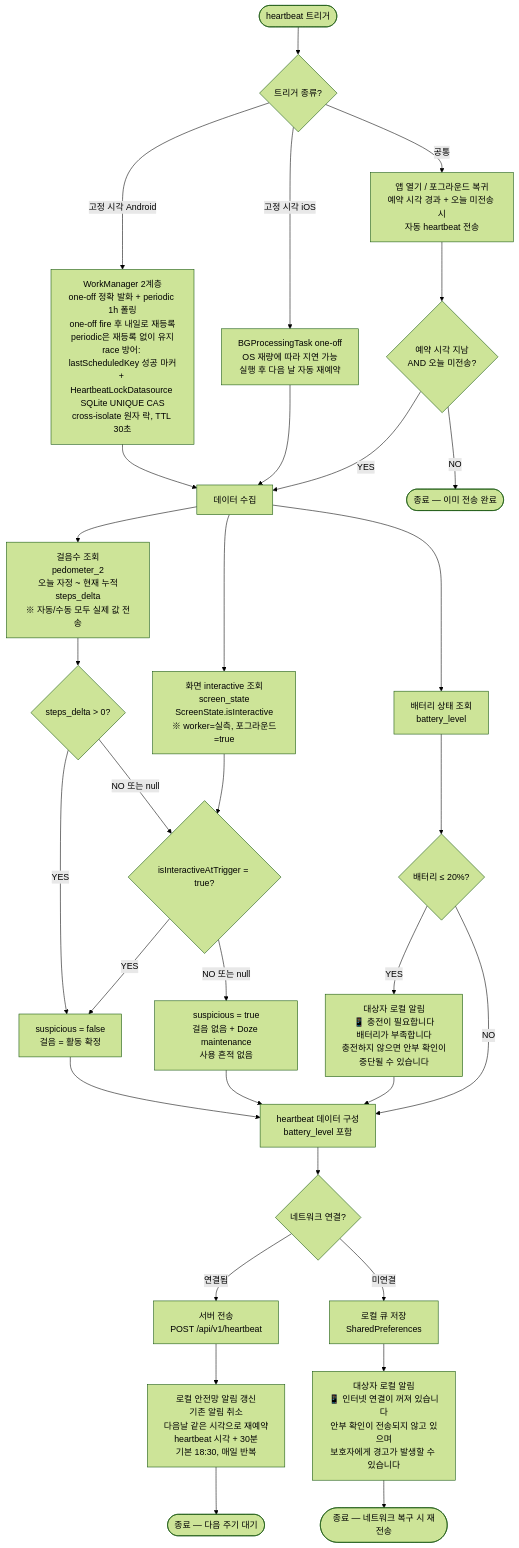
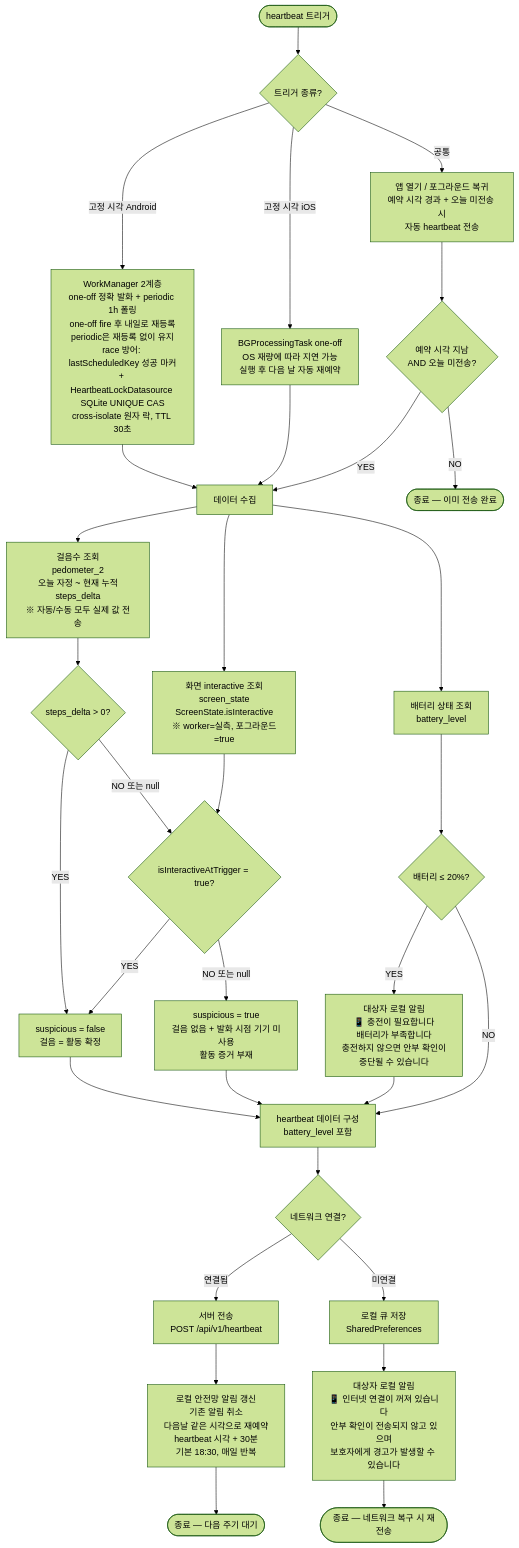
Before and after one commit to l10s18bok/kr.co.anbucheck: the first of 8 diagrams in .claude/rules/heartbeat_flowchart.md, drawn with Mermaid (forest theme). The commit also changed other lines of this file and 23 other files, not shown here.

````diff
--- a/.claude/rules/heartbeat_flowchart.md
+++ b/.claude/rules/heartbeat_flowchart.md
@@ -26,52 +26,52 @@
 ```mermaid
 flowchart TD
     Start([heartbeat 트리거])
     Start --> Trigger
 
     Trigger{트리거 종류?}
     Trigger -->|고정 시각 Android| WM[WorkManager 2계층<br/>one-off 정확 발화 + periodic 1h 폴링<br/>one-off fire 후 내일로 재등록<br/>periodic은 재등록 없이 유지<br/>race 방어: lastScheduledKey 성공 마커<br/>+ HeartbeatLockDatasource SQLite UNIQUE CAS<br/>cross-isolate 원자 락, TTL 30초]
     Trigger -->|고정 시각 iOS| BG[BGProcessingTask one-off<br/>OS 재량에 따라 지연 가능<br/>실행 후 다음 날 자동 재예약]
     Trigger -->|공통| FG[앱 열기 / 포그라운드 복귀<br/>예약 시각 경과 + 오늘 미전송 시<br/>자동 heartbeat 전송]
 
     WM --> Collect
     BG --> Collect
     FG --> FGCheck{예약 시각 지남<br/>AND 오늘 미전송?}
     FGCheck -->|YES| Collect
     FGCheck -->|NO| End0([종료 — 이미 전송 완료])
 
     Collect[데이터 수집]
     Collect --> Steps[걸음수 조회<br/>pedometer_2<br/>오늘 자정 ~ 현재 누적<br/>steps_delta<br/>※ 자동/수동 모두 실제 값 전송]
     Collect --> ScreenCheck[화면 interactive 조회<br/>screen_state<br/>ScreenState.isInteractive<br/>※ worker=실측, 포그라운드=true]
     Collect --> Battery[배터리 상태 조회<br/>battery_level]
 
     Steps --> StepsCheck{steps_delta > 0?}
     StepsCheck -->|YES| Normal[suspicious = false<br/>걸음 = 활동 확정]
     StepsCheck -->|NO 또는 null| ScreenCheck2{isInteractiveAtTrigger = true?}
     ScreenCheck --> ScreenCheck2
     ScreenCheck2 -->|YES| Normal
-    ScreenCheck2 -->|NO 또는 null| Suspicious[suspicious = true<br/>걸음 없음 + Doze maintenance<br/>사용 흔적 없음]
+    ScreenCheck2 -->|NO 또는 null| Suspicious[suspicious = true<br/>걸음 없음 + 발화 시점 기기 미사용<br/>활동 증거 부재]
 
     Battery --> BattCheck{배터리 ≤ 20%?}
     BattCheck -->|YES| SubjectNoti[대상자 로컬 알림<br/>📱 충전이 필요합니다<br/>배터리가 부족합니다<br/>충전하지 않으면 안부 확인이<br/>중단될 수 있습니다]
     BattCheck -->|NO| Build
 
     SubjectNoti --> Build
 
     Suspicious --> Build
     Normal --> Build
 
     Build[heartbeat 데이터 구성<br/>battery_level 포함]
 
     Build --> Network{네트워크 연결?}
 
     Network -->|연결됨| Send[서버 전송<br/>POST /api/v1/heartbeat]
     Network -->|미연결| Queue[로컬 큐 저장<br/>SharedPreferences]
 
     Queue --> LocalNoti1[대상자 로컬 알림<br/>📱 인터넷 연결이 꺼져 있습니다<br/>안부 확인이 전송되지 않고 있으며<br/>보호자에게 경고가 발생할 수 있습니다]
 
     Send --> AlarmReset[로컬 안전망 알림 갱신<br/>기존 알림 취소<br/>다음날 같은 시각으로 재예약<br/>heartbeat 시각 + 30분<br/>기본 18:30, 매일 반복]
 
     AlarmReset --> End1([종료 — 다음 주기 대기])
 
     LocalNoti1 --> End2([종료 — 네트워크 복구 시 재전송])
 ```
````
